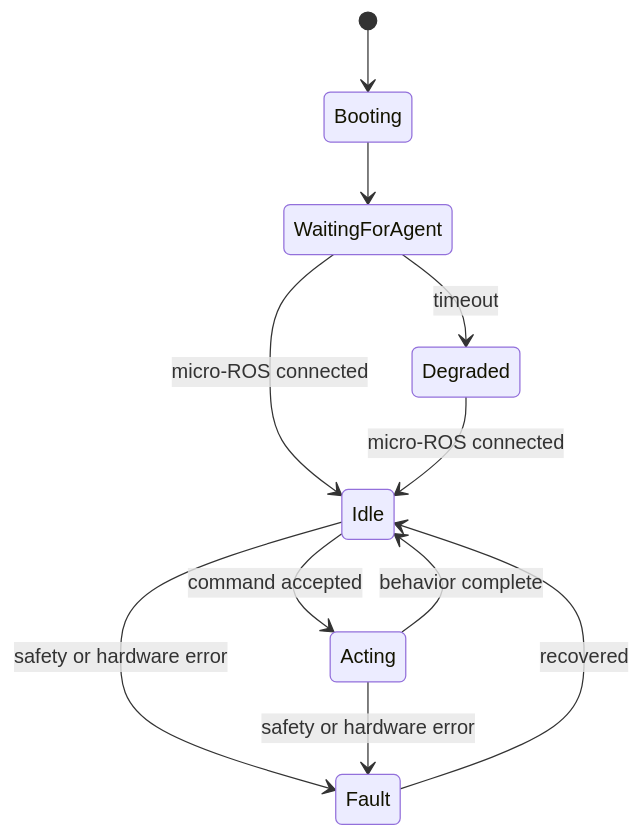
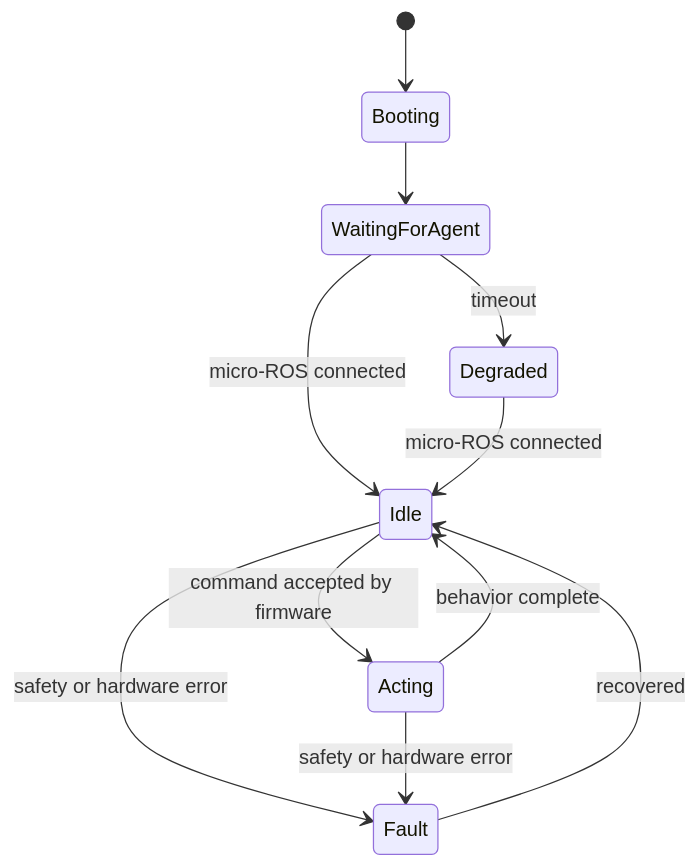
The second of 2 diagrams in docs/firmware.md (koizumikento/codex-stackchan-bridge), drawn with Mermaid before and after one commit. The commit also changed other lines of this file and 10 other files, not shown here.

````diff
--- a/docs/firmware.md
+++ b/docs/firmware.md
@@ -103,13 +125,13 @@
 ```mermaid
 stateDiagram-v2
     [*] --> Booting
     Booting --> WaitingForAgent
     WaitingForAgent --> Idle: micro-ROS connected
-    Idle --> Acting: command accepted
+    Idle --> Acting: command accepted by firmware
     Acting --> Idle: behavior complete
     Idle --> Fault: safety or hardware error
     Acting --> Fault: safety or hardware error
     Fault --> Idle: recovered
     WaitingForAgent --> Degraded: timeout
     Degraded --> Idle: micro-ROS connected
 ```
````
